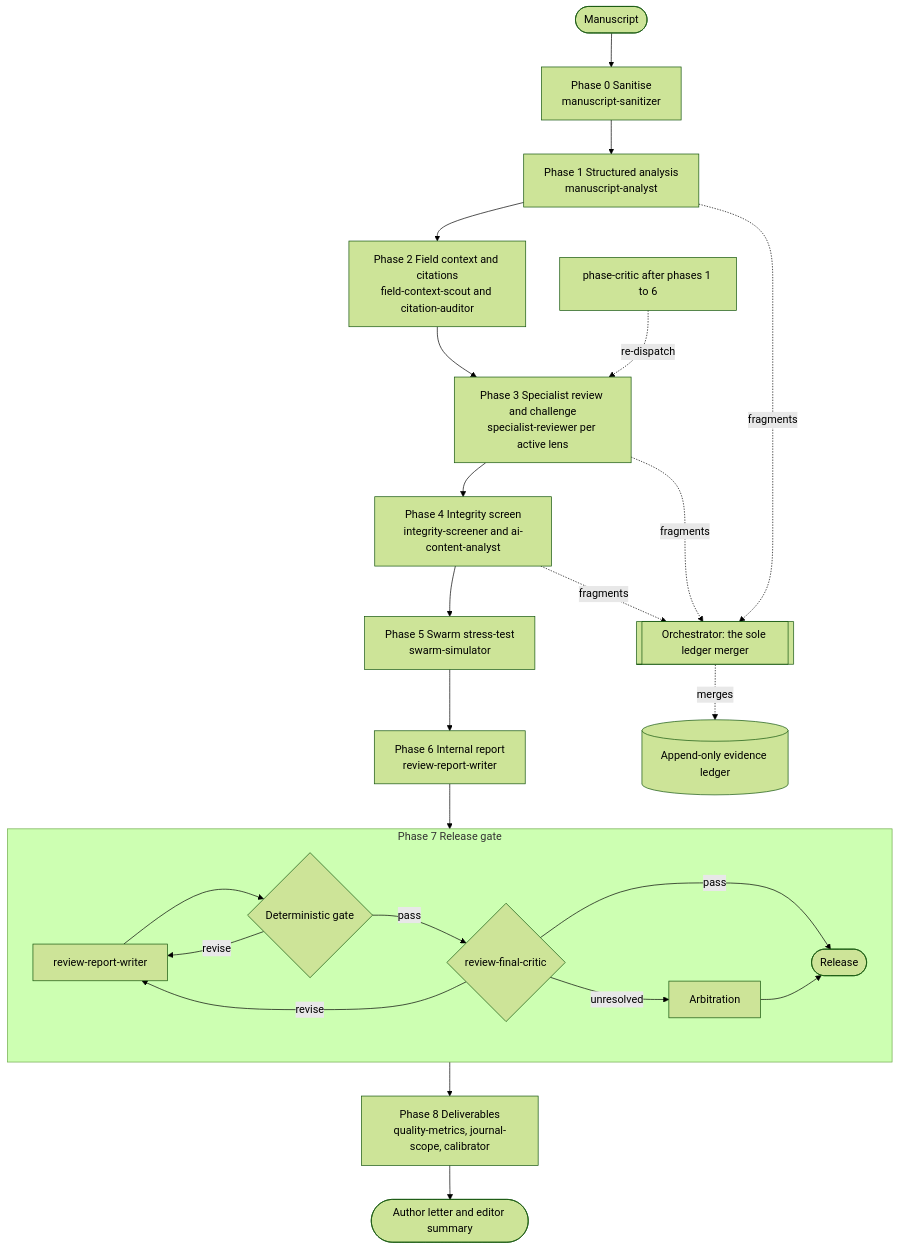
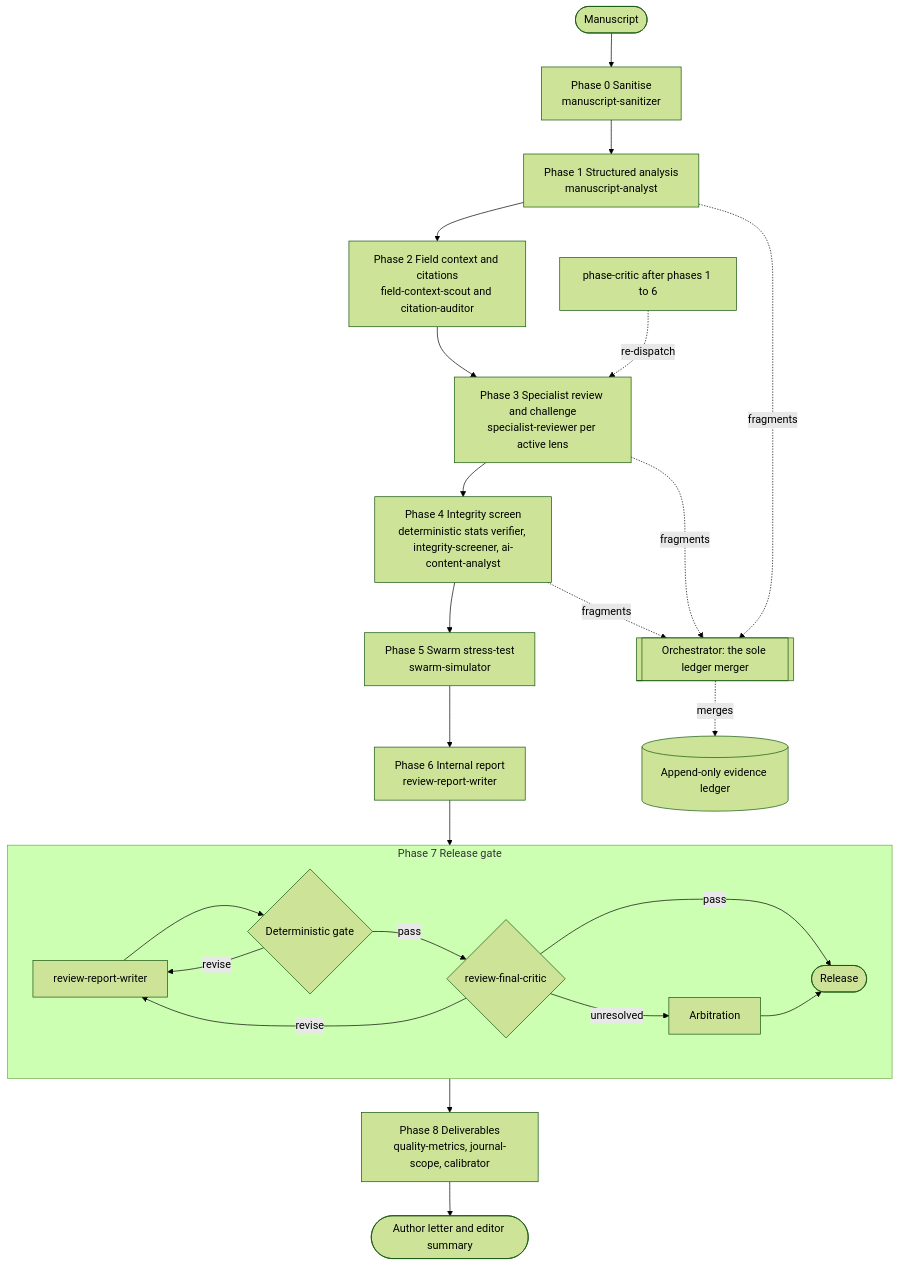
The diagram in README.md (llewellynvz/mara-multi-agent-academic-peer-review-platform), drawn with Mermaid (forest theme) before and after one commit. The commit also changed 1 other file, not shown here.

Commit message:
Record the 1.3.0 changes
The changelog covers the deterministic statistics verifier, delete-all, the richer
results page, library controls, DOCX reference extraction, the deeper thorough digest,
and the corpus staging work. The pipeline diagram names the stats verifier in phase 4.

````diff
--- a/README.md
+++ b/README.md
@@ -70,33 +70,33 @@
 ```mermaid
 flowchart TD
     M([Manuscript])
     P0[Phase 0 Sanitise<br/>manuscript-sanitizer]
     P1[Phase 1 Structured analysis<br/>manuscript-analyst]
     P2[Phase 2 Field context and citations<br/>field-context-scout and citation-auditor]
     P3[Phase 3 Specialist review and challenge<br/>specialist-reviewer per active lens]
-    P4[Phase 4 Integrity screen<br/>integrity-screener and ai-content-analyst]
+    P4[Phase 4 Integrity screen<br/>deterministic stats verifier, integrity-screener, ai-content-analyst]
     P5[Phase 5 Swarm stress-test<br/>swarm-simulator]
     P6[Phase 6 Internal report<br/>review-report-writer]
     P8[Phase 8 Deliverables<br/>quality-metrics, journal-scope, calibrator]
     OUT([Author letter and editor summary])
 
     subgraph G [Phase 7 Release gate]
       direction LR
       WR[review-report-writer] --> GV{Deterministic gate}
       GV -- revise --> WR
       GV -- pass --> FC{review-final-critic}
       FC -- revise --> WR
       FC -- pass --> REL([Release])
       FC -- unresolved --> AR[Arbitration] --> REL
     end
 
     M --> P0 --> P1 --> P2 --> P3 --> P4 --> P5 --> P6 --> G --> P8 --> OUT
 
     L[(Append-only evidence ledger)]
     ORC[[Orchestrator: the sole ledger merger]]
     P1 -. fragments .-> ORC
     P3 -. fragments .-> ORC
     P4 -. fragments .-> ORC
     ORC -. merges .-> L
     PC[phase-critic after phases 1 to 6] -. re-dispatch .-> P3
 ```
````
